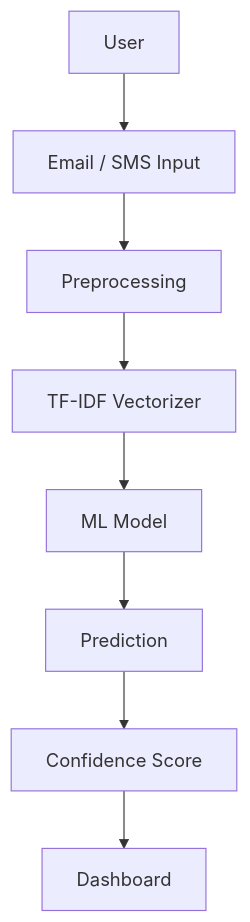
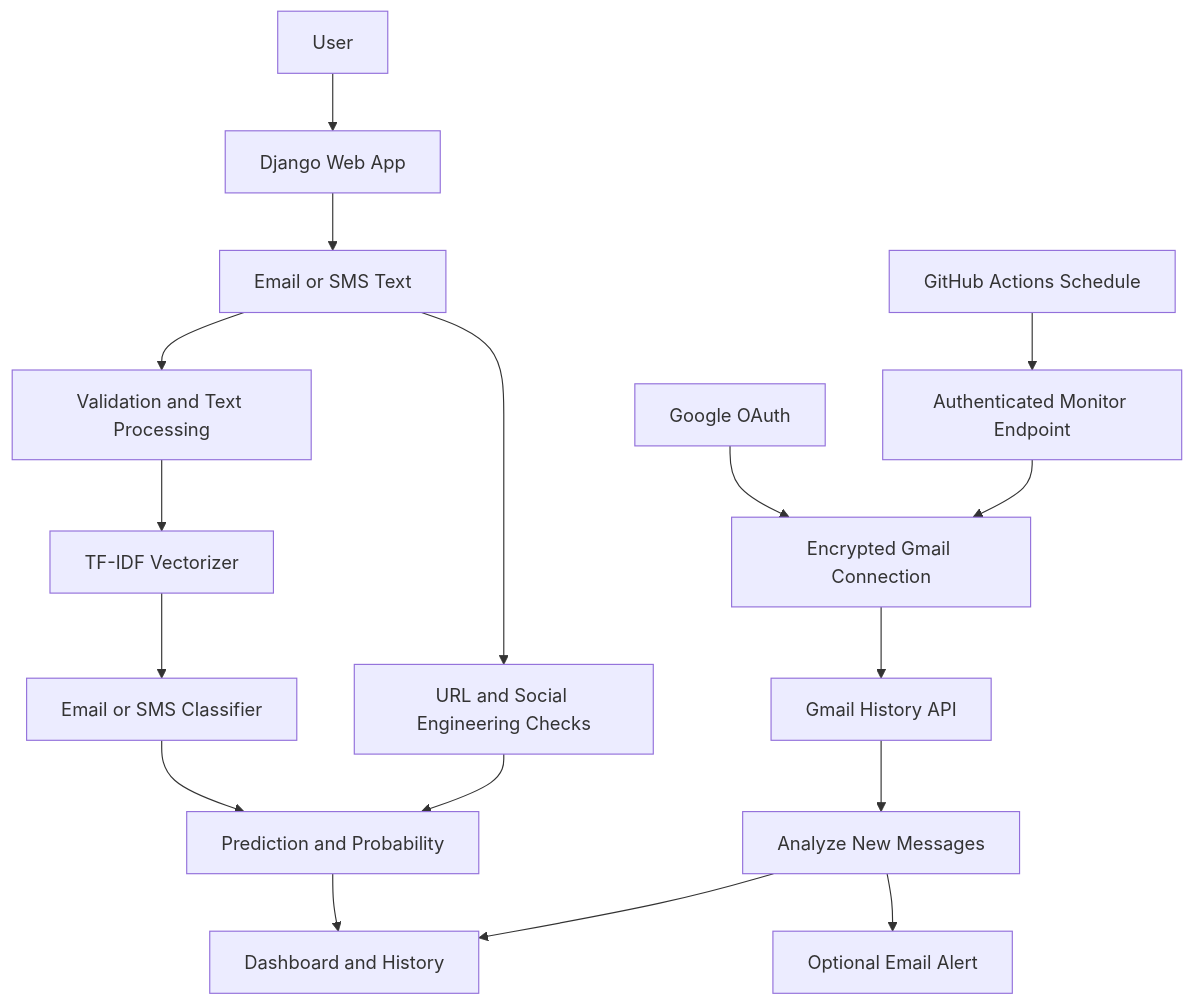
One commit to syedamahvish03/cyberShieldai changed the diagram in README.md. Above: the diagram before and after it, drawn with Mermaid. The commit also changed other lines of this file, not shown here.

````diff
--- a/README.md
+++ b/README.md
@@ -65,10 +62,20 @@
 ```mermaid
 flowchart TD
-    A[User] --> B[Email / SMS Input]
-    B --> C[Preprocessing]
-    C --> D[TF-IDF Vectorizer]
-    D --> E[ML Model]
-    E --> F[Prediction]
-    F --> G[Confidence Score]
-    G --> H[Dashboard]
+    U[User] --> W[Django Web App]
+    W --> I[Email or SMS Text]
+    I --> P[Validation and Text Processing]
+    P --> V[TF-IDF Vectorizer]
+    V --> M[Email or SMS Classifier]
+    I --> L[URL and Social Engineering Checks]
+    M --> R[Prediction and Probability]
+    L --> R
+    R --> D[Dashboard and History]
+
+    G[Google OAuth] --> C[Encrypted Gmail Connection]
+    S[GitHub Actions Schedule] --> E[Authenticated Monitor Endpoint]
+    E --> C
+    C --> H[Gmail History API]
+    H --> A[Analyze New Messages]
+    A --> D
+    A --> N[Optional Email Alert]
 ```
````
